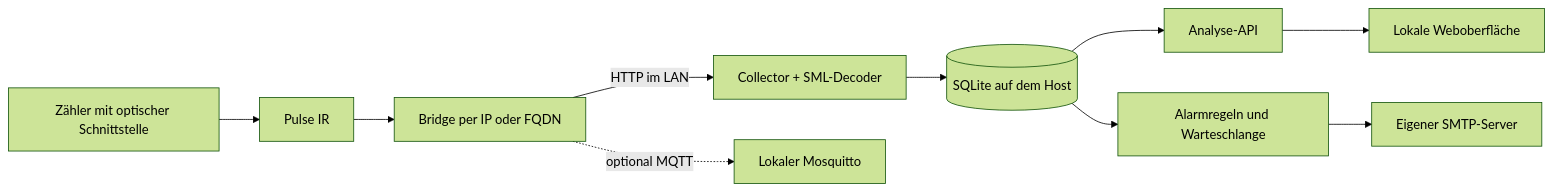
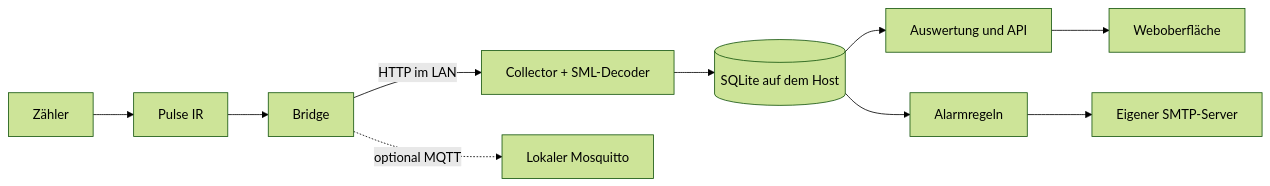
The diagram in docs/DATENMODELL.md (aemjay/Kilowatch), drawn with Mermaid (forest theme) before and after one commit. The commit also changed other lines of this file and 24 other files, not shown here.

````diff
--- a/docs/DATENMODELL.md
+++ b/docs/DATENMODELL.md
@@ -5,12 +7,9 @@
 ```mermaid
 flowchart LR
-    Z[Zähler mit optischer Schnittstelle] --> P[Pulse IR]
-    P --> B[Bridge per IP oder FQDN]
+    Z[Zähler] --> P[Pulse IR] --> B[Bridge]
     B -->|HTTP im LAN| C[Collector + SML-Decoder]
     C --> D[(SQLite auf dem Host)]
-    D --> A[Analyse-API]
-    A --> W[Lokale Weboberfläche]
+    D --> A[Auswertung und API] --> W[Weboberfläche]
+    D --> N[Alarmregeln] --> E[Eigener SMTP-Server]
     B -. optional MQTT .-> M[Lokaler Mosquitto]
-    D --> N[Alarmregeln und Warteschlange]
-    N --> E[Eigener SMTP-Server]
 ```
````
